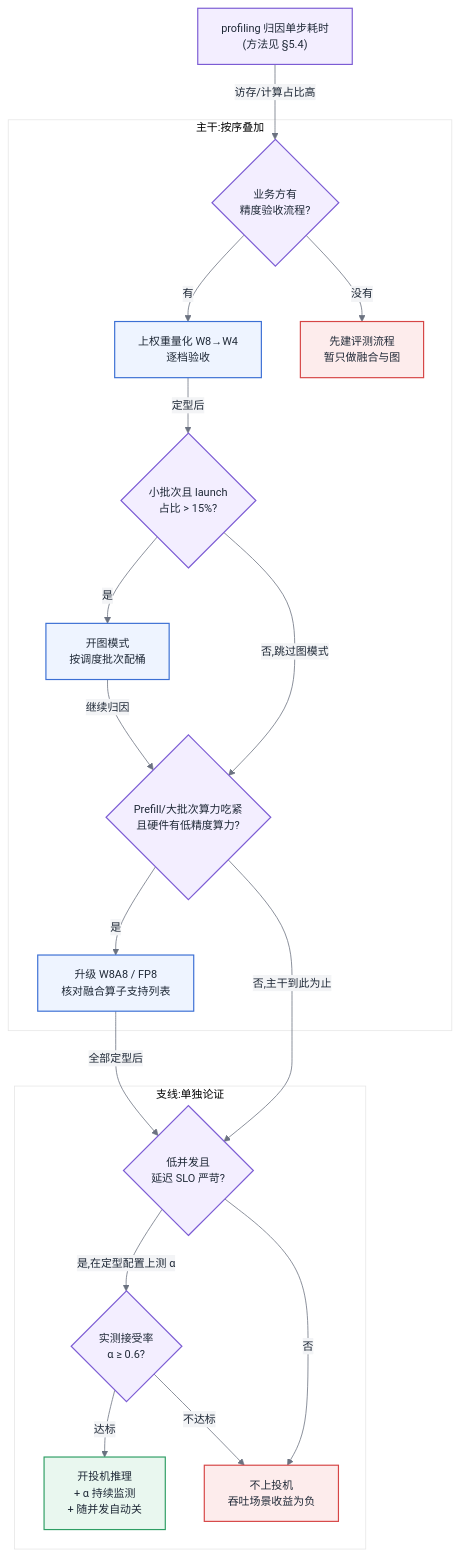
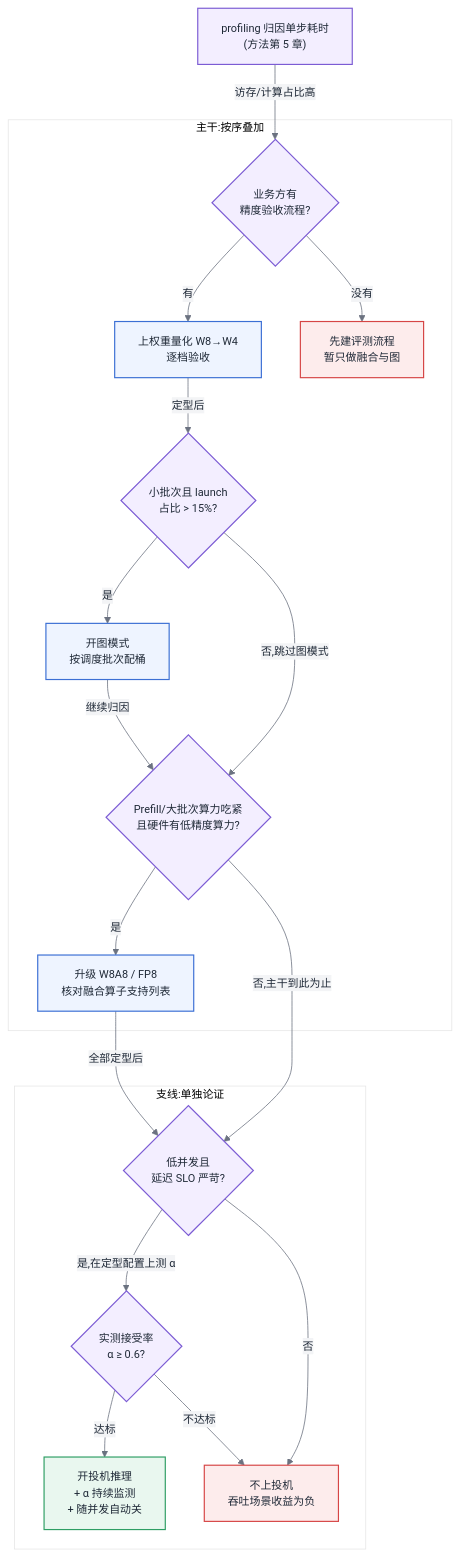
The fourth of 4 diagrams in 第五部分-推理系统/第23章-推理优化-计算类加速.md (cdavid817/AI-Infra), drawn with Mermaid before and after one commit. The commit also changed other lines of this file and 12 other files, not shown here.

Commit message:
mermaid 图内不再出现 §X.Y 小节引用:本章自引删除,跨章引用改为「第 X 章」表述(13 文件 28 处)

````diff
--- a/第五部分-推理系统/第23章-推理优化-计算类加速.md
+++ b/第五部分-推理系统/第23章-推理优化-计算类加速.md
@@ -294,46 +294,46 @@
 ```mermaid
 %%{init: {'theme':'base','themeVariables':{
   'primaryColor':'#EEF4FF','primaryBorderColor':'#3B6FD4','primaryTextColor':'#1F2937',
   'secondaryColor':'#F3F4F6','tertiaryColor':'#FFFFFF',
   'lineColor':'#6B7280','fontFamily':'-apple-system, Segoe UI, Helvetica, Arial, sans-serif','fontSize':'14px'
 }}}%%
 flowchart TB
   classDef compute fill:#EEF4FF,stroke:#3B6FD4,stroke-width:1.5px,color:#1F2937
   classDef ctrl fill:#F3EEFF,stroke:#7C5CD4,stroke-width:1.5px,color:#1F2937
   classDef good fill:#E9F7EF,stroke:#2E9E64,stroke-width:1.5px,color:#1F2937
   classDef bottleneck fill:#FDECEC,stroke:#D64545,stroke-width:1.5px,color:#1F2937
 
-  START["profiling 归因单步耗时<br/>(方法见 §5.4)"]:::ctrl
+  START["profiling 归因单步耗时<br/>(方法第 5 章)"]:::ctrl
 
   subgraph base["主干:按序叠加"]
     Q1{"业务方有<br/>精度验收流程?"}:::ctrl
     W["上权重量化 W8→W4<br/>逐档验收"]:::compute
     NOQ["先建评测流程<br/>暂只做融合与图"]:::bottleneck
     L{"小批次且 launch<br/>占比 > 15%?"}:::ctrl
     G["开图模式<br/>按调度批次配桶"]:::compute
     A{"Prefill/大批次算力吃紧<br/>且硬件有低精度算力?"}:::ctrl
     QA["升级 W8A8 / FP8<br/>核对融合算子支持列表"]:::compute
   end
 
   subgraph spec["支线:单独论证"]
     C{"低并发且<br/>延迟 SLO 严苛?"}:::ctrl
     T{"实测接受率<br/>α ≥ 0.6?"}:::ctrl
     S["开投机推理<br/>+ α 持续监测<br/>+ 随并发自动关"]:::good
     NS["不上投机<br/>吞吐场景收益为负"]:::bottleneck
   end
 
   START -- "访存/计算占比高" --> Q1
   Q1 -- "有" --> W
   Q1 -- "没有" --> NOQ
   W -- "定型后" --> L
   L -- "是" --> G
   L -- "否,跳过图模式" --> A
   G -- "继续归因" --> A
   A -- "是" --> QA
   A -- "否,主干到此为止" --> C
   QA -- "全部定型后" --> C
   C -- "是,在定型配置上测 α" --> T
   C -- "否" --> NS
   T -- "达标" --> S
   T -- "不达标" --> NS
 ```
````
